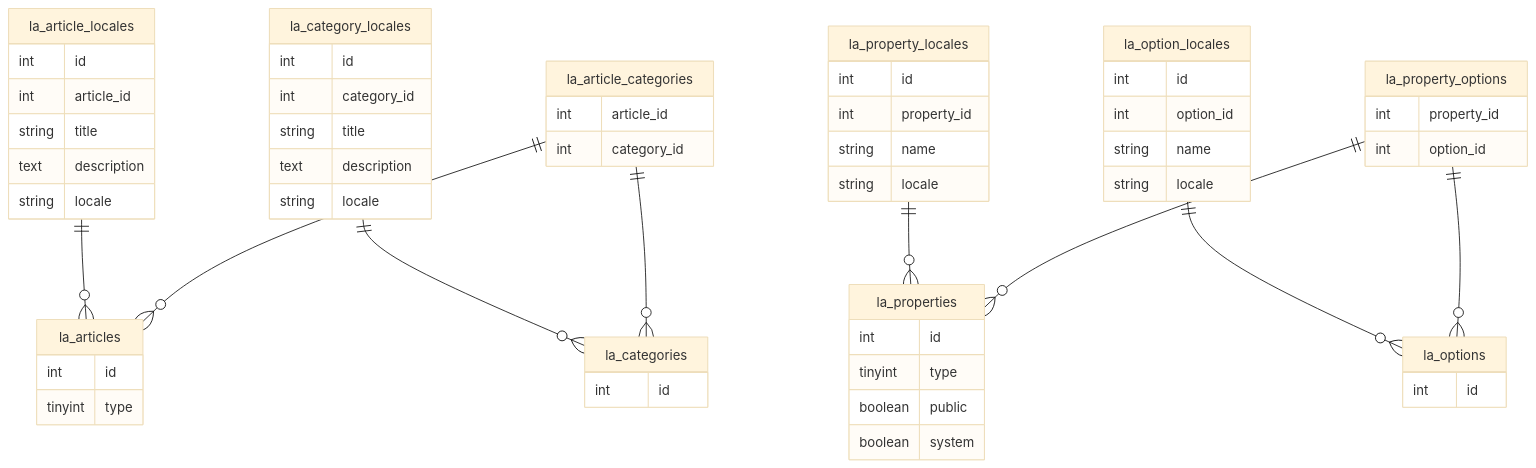
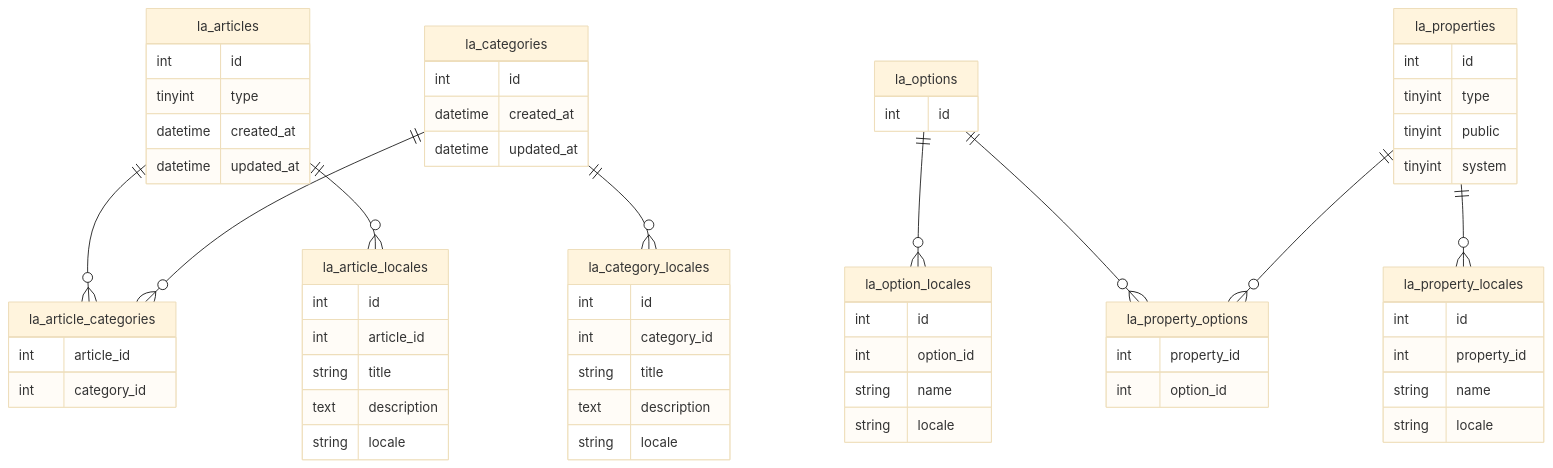
The diagram in docs/database/article-diagram.md (grey-dev-0/oaters), drawn with Mermaid (base theme) before and after one commit. The commit also changed other lines of this file and 10 other files, not shown here.

Commit message:
Updated ERD generation based on deployed database schema instead of migration files scanning.

````diff
--- a/docs/database/article-diagram.md
+++ b/docs/database/article-diagram.md
@@ -3,62 +3,66 @@
 ```mermaid
 erDiagram
-    la_articles {
-        int id
-        tinyint type
+    la_article_categories {
+        int article_id
+        int category_id
     }
     la_article_locales {
         int id
         int article_id
         string title
         text description
         string locale
     }
+    la_articles {
+        int id
+        tinyint type
+        datetime created_at
+        datetime updated_at
+    }
     la_categories {
         int id
+        datetime created_at
+        datetime updated_at
     }
     la_category_locales {
         int id
         int category_id
         string title
         text description
         string locale
     }
-    la_article_categories {
-        int article_id
-        int category_id
+    la_option_locales {
+        int id
+        int option_id
+        string name
+        string locale
+    }
+    la_options {
+        int id
     }
     la_properties {
         int id
         tinyint type
-        boolean public
-        boolean system
+        tinyint public
+        tinyint system
     }
     la_property_locales {
         int id
         int property_id
         string name
         string locale
     }
-    la_options {
-        int id
-    }
-    la_option_locales {
-        int id
-        int option_id
-        string name
-        string locale
-    }
     la_property_options {
         int property_id
         int option_id
     }
-    la_article_locales ||--o{ la_articles : ""
-    la_category_locales ||--o{ la_categories : ""
-    la_article_categories ||--o{ la_articles : ""
-    la_article_categories ||--o{ la_categories : ""
-    la_property_locales ||--o{ la_properties : ""
-    la_option_locales ||--o{ la_options : ""
-    la_property_options ||--o{ la_properties : ""
-    la_property_options ||--o{ la_options : ""
+    la_articles ||--o{ la_article_categories : ""
+    la_categories ||--o{ la_article_categories : ""
+    la_articles ||--o{ la_article_locales : ""
+    la_categories ||--o{ la_category_locales : ""
+    la_options ||--o{ la_option_locales : ""
+    la_properties ||--o{ la_property_locales : ""
+    la_options ||--o{ la_property_options : ""
+    la_properties ||--o{ la_property_options : ""
 
 ```
````
